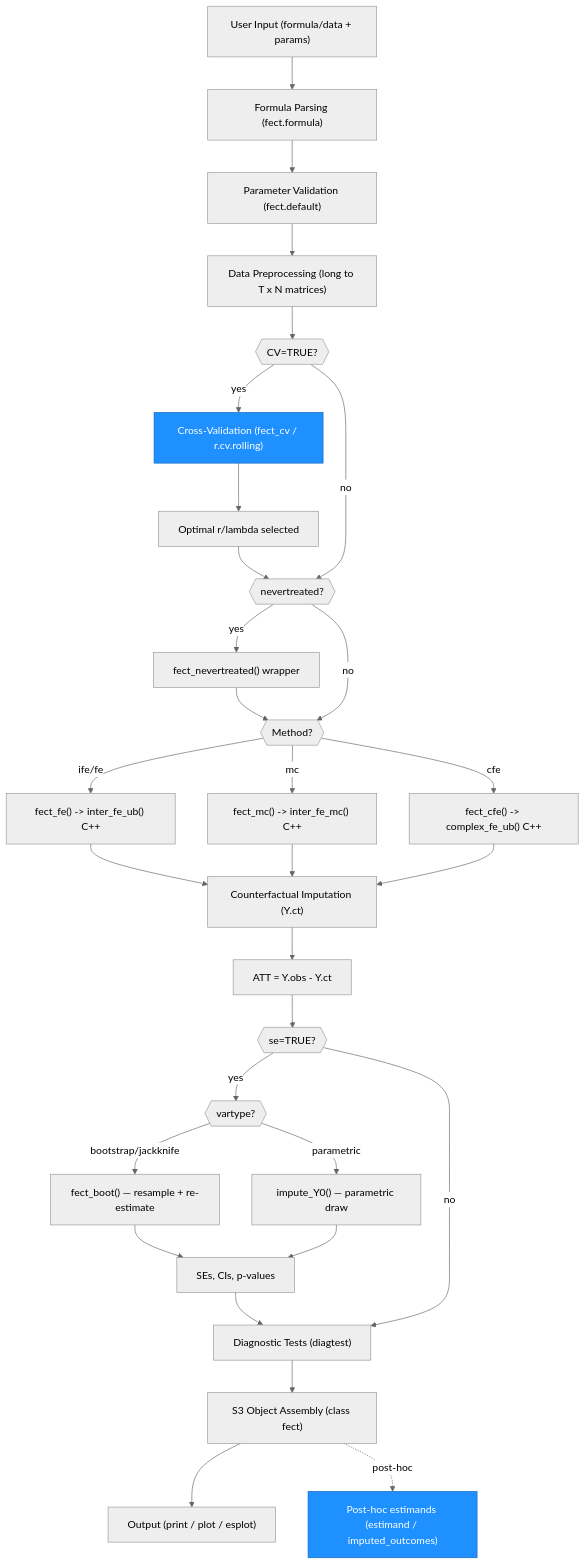
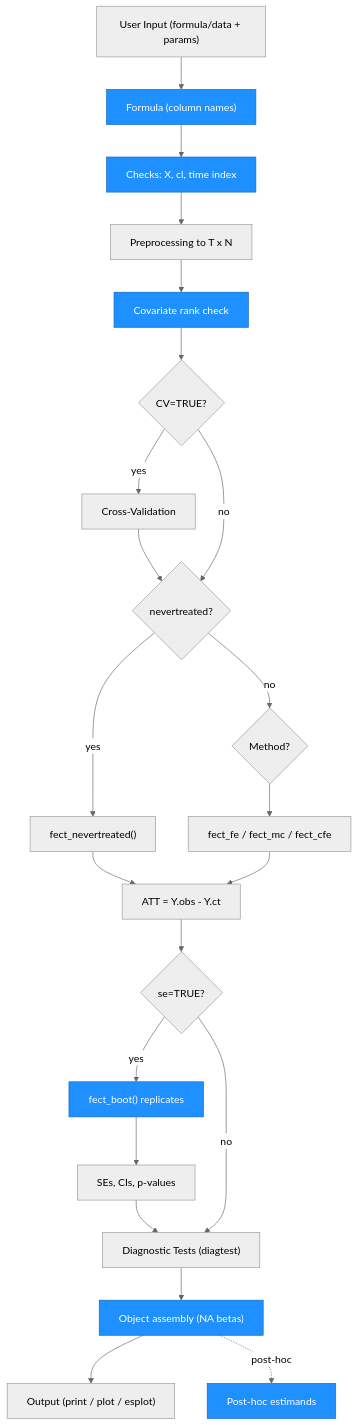
The fourth of 4 diagrams in ARCHITECTURE.md (xuyiqing/fect), drawn with Mermaid before and after one commit. The commit also changed other lines of this file, not shown here.

First line of the commit message:
docs: ARCHITECTURE.md for the 2.4.6 correctness fixes

````diff
--- a/ARCHITECTURE.md
+++ b/ARCHITECTURE.md
@@ -306,61 +377,52 @@
 ```mermaid
 %%{init: {'theme': 'neutral'}}%%
 graph TD
     IN["User Input (formula/data + params)"]
-    FP["Formula Parsing (fect.formula)"]
-    PV["Parameter Validation (fect.default)"]
-    DP["Data Preprocessing (long to T x N matrices)"]
-    CV{{"CV=TRUE?"}}
-    CVR["Cross-Validation (fect_cv / r.cv.rolling)"]
-    OPT["Optimal r/lambda selected"]
-    NT{{"nevertreated?"}}
-    NTW["fect_nevertreated() wrapper"]
-    MR{{"Method?"}}
-    IFE["fect_fe() -> inter_fe_ub() C++"]
-    MC["fect_mc() -> inter_fe_mc() C++"]
-    CFE["fect_cfe() -> complex_fe_ub() C++"]
-    CI["Counterfactual Imputation (Y.ct)"]
+    FP["Formula (column names)"]
+    PV["Checks: X, cl, time index"]
+    DP["Preprocessing to T x N"]
+    CK["Covariate rank check"]
+    CV{"CV=TRUE?"}
+    CVR["Cross-Validation"]
+    NT{"nevertreated?"}
+    NTW["fect_nevertreated()"]
+    MR{"Method?"}
+    EST["fect_fe / fect_mc / fect_cfe"]
     ATT["ATT = Y.obs - Y.ct"]
-    SE{{"se=TRUE?"}}
-    VT{{"vartype?"}}
-    BOOT["fect_boot() — resample + re-estimate"]
-    PARA["impute_Y0() — parametric draw"]
+    SE{"se=TRUE?"}
+    BOOT["fect_boot() replicates"]
     SECI["SEs, CIs, p-values"]
     DIAG["Diagnostic Tests (diagtest)"]
-    OBJ["S3 Object Assembly (class fect)"]
+    OBJ["Object assembly (NA betas)"]
     OUT["Output (print / plot / esplot)"]
-    PE["Post-hoc estimands (estimand / imputed_outcomes)"]
+    PE["Post-hoc estimands"]
 
-    style CVR fill:#1e90ff,stroke:#1565c0,color:#fff
+    style FP fill:#1e90ff,stroke:#1565c0,color:#fff
+    style PV fill:#1e90ff,stroke:#1565c0,color:#fff
+    style CK fill:#1e90ff,stroke:#1565c0,color:#fff
+    style BOOT fill:#1e90ff,stroke:#1565c0,color:#fff
+    style OBJ fill:#1e90ff,stroke:#1565c0,color:#fff
     style PE fill:#1e90ff,stroke:#1565c0,color:#fff
 
     IN --> FP
     FP --> PV
     PV --> DP
-    DP --> CV
+    DP --> CK
+    CK --> CV
     CV -- yes --> CVR
-    CVR --> OPT
-    OPT --> NT
+    CVR --> NT
     CV -- no --> NT
     NT -- yes --> NTW
-    NTW --> MR
     NT -- no --> MR
-    MR -- ife/fe --> IFE
-    MR -- mc --> MC
-    MR -- cfe --> CFE
-    IFE --> CI
-    MC --> CI
-    CFE --> CI
-    CI --> ATT
+    MR --> EST
+    NTW --> ATT
+    EST --> ATT
     ATT --> SE
-    SE -- yes --> VT
-    VT -- bootstrap/jackknife --> BOOT
-    VT -- parametric --> PARA
+    SE -- yes --> BOOT
     BOOT --> SECI
-    PARA --> SECI
     SECI --> DIAG
     SE -- no --> DIAG
     DIAG --> OBJ
     OBJ --> OUT
     OBJ -.->|"post-hoc"| PE
 ```
````
